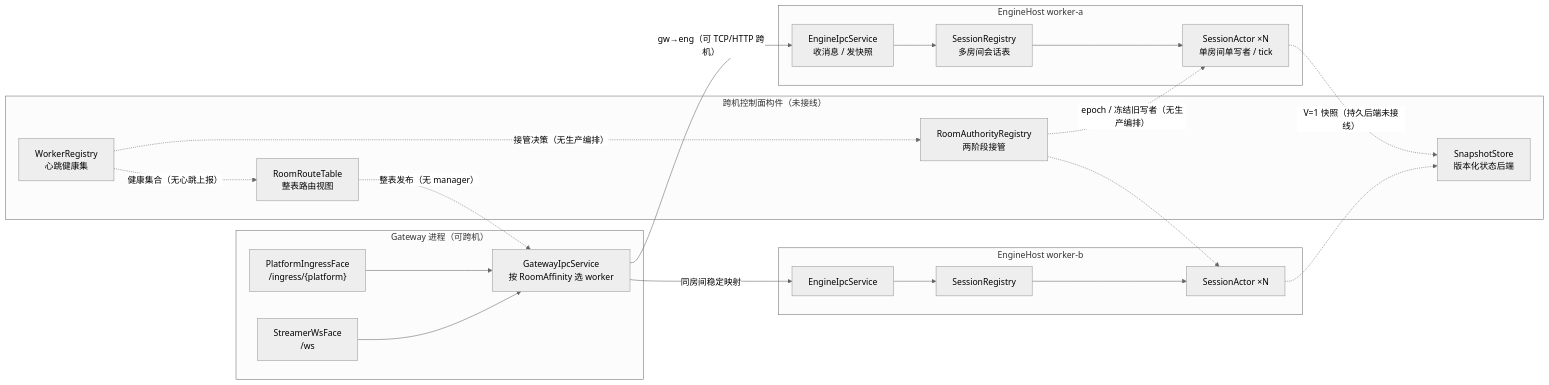
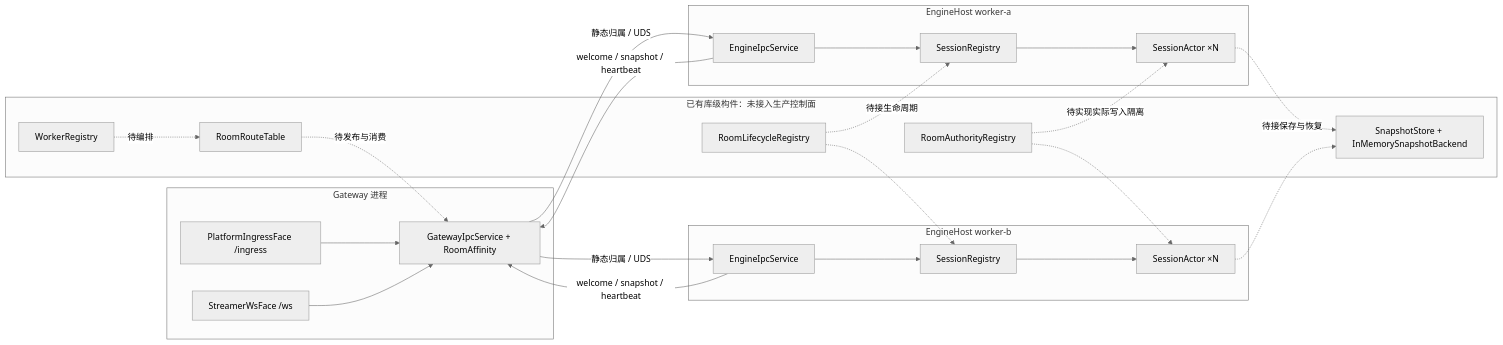
Before and after one commit to cuihairu/chorus: the diagram in docs/architecture/multi-machine-rooms.md, drawn with Mermaid (neutral theme). The commit also changed other lines of this file and 1 other file, not shown here.

Commit message:
docs: review room scaling and plan admin console

````diff
--- a/docs/architecture/multi-machine-rooms.md
+++ b/docs/architecture/multi-machine-rooms.md
@@ -14,41 +27,41 @@
 ```mermaid
 flowchart LR
-    subgraph GW["Gateway 进程（可跨机）"]
-        P["PlatformIngressFace<br/>/ingress/{platform}"]
-        S["StreamerWsFace<br/>/ws"]
-        GR["GatewayIpcService<br/>按 RoomAffinity 选 worker"]
+    subgraph GW["Gateway 进程"]
+        P["PlatformIngressFace /ingress"]
+        S["StreamerWsFace /ws"]
+        GR["GatewayIpcService + RoomAffinity"]
     end
-
     subgraph W1["EngineHost worker-a"]
-        E1["EngineIpcService<br/>收消息 / 发快照"]
-        R1["SessionRegistry<br/>多房间会话表"]
-        A1["SessionActor ×N<br/>单房间单写者 / tick"]
+        E1["EngineIpcService"]
+        R1["SessionRegistry"]
+        A1["SessionActor ×N"]
     end
-
     subgraph W2["EngineHost worker-b"]
         E2["EngineIpcService"]
         R2["SessionRegistry"]
         A2["SessionActor ×N"]
     end
-
-    subgraph CTRL["跨机控制面构件（未接线）"]
-        WR["WorkerRegistry<br/>心跳健康集"]
-        RT["RoomRouteTable<br/>整表路由视图"]
-        RA["RoomAuthorityRegistry<br/>两阶段接管"]
-        SS["SnapshotStore<br/>版本化状态后端"]
+    subgraph CTRL["已有库级构件：未接入生产控制面"]
+        WR["WorkerRegistry"]
+        RT["RoomRouteTable"]
+        RA["RoomAuthorityRegistry"]
+        LC["RoomLifecycleRegistry"]
+        SS["SnapshotStore + InMemorySnapshotBackend"]
     end
-
     P --> GR
     S --> GR
-    GR -->|"gw→eng（可 TCP/HTTP 跨机）"| E1
-    GR -->|"同房间稳定映射"| E2
+    GR -->|"静态归属 / UDS"| E1
+    GR -->|"静态归属 / UDS"| E2
     E1 --> R1 --> A1
     E2 --> R2 --> A2
-    A1 -.->|"V=1 快照（持久后端未接线）"| SS
+    E1 -->|"welcome / snapshot / heartbeat"| GR
+    E2 -->|"welcome / snapshot / heartbeat"| GR
+    WR -.->|"待编排"| RT
+    RT -.->|"待发布与消费"| GR
+    RA -.->|"待实现实际写入隔离"| A1
+    RA -.-> A2
+    LC -.->|"待接生命周期"| R1
+    LC -.-> R2
+    A1 -.->|"待接保存与恢复"| SS
     A2 -.-> SS
-    WR -.->|"健康集合（无心跳上报）"| RT
-    WR -.->|"接管决策（无生产编排）"| RA
-    RT -.->|"整表发布（无 manager）"| GR
-    RA -.->|"epoch / 冻结旧写者（无生产编排）"| A1
-    RA -.-> A2
 ```
````
